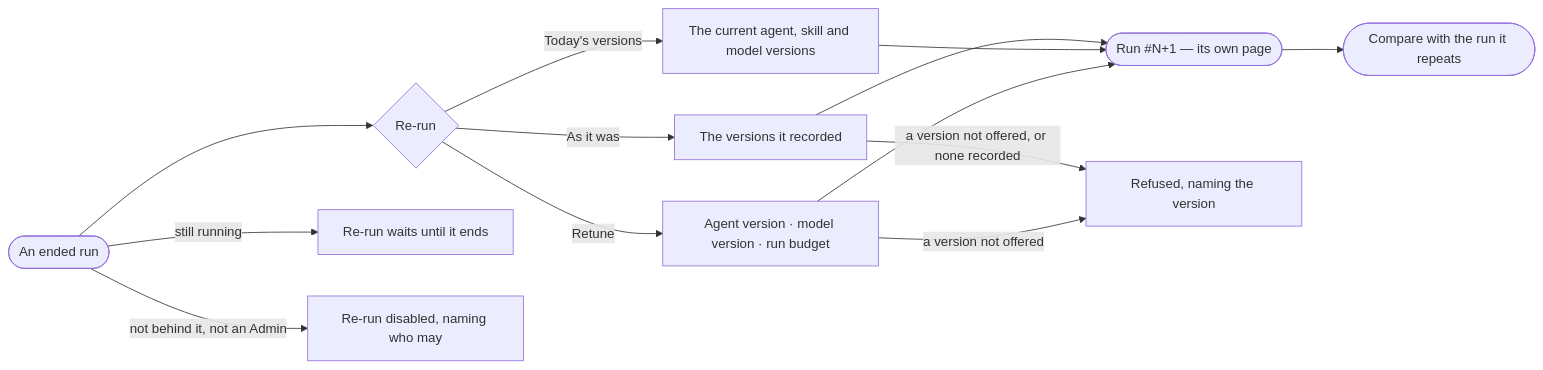
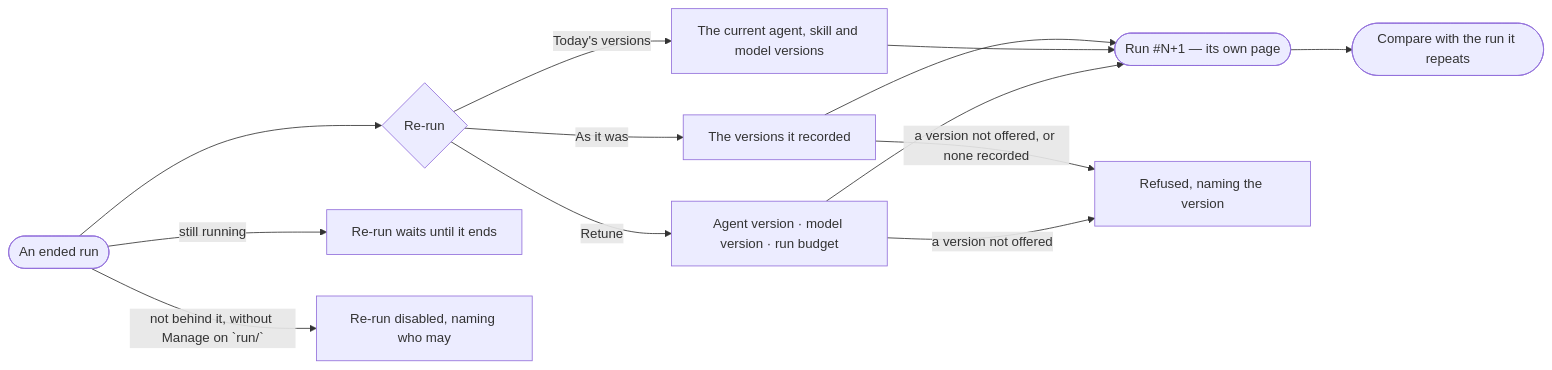
One commit to invana/invana changed the diagram in specs/os/control/features/CP-F10-runs-and-how-the-agents-are-doing/stories/CP-54-re-run-a-run-as-it-was-or-retuned/story.md. Above: the diagram before and after it, drawn with Mermaid. The commit also changed other lines of this file and 228 other files, not shown here.

````diff
--- a/specs/os/control/features/CP-F10-runs-and-how-the-agents-are-doing/stories/CP-54-re-run-a-run-as-it-was-or-retuned/story.md
+++ b/specs/os/control/features/CP-F10-runs-and-how-the-agents-are-doing/stories/CP-54-re-run-a-run-as-it-was-or-retuned/story.md
@@ -26,15 +26,15 @@
 ```mermaid
 flowchart LR
   r([An ended run]) --> d{"Re-run"}
   d -->|As it was| a["The versions it recorded"]
   d -->|Today's versions| c["The current agent, skill and model versions"]
   d -->|Retune| t["Agent version · model version · run budget"]
   a --> n(["Run #N+1 — its own page"])
   c --> n
   t --> n
   a -->|a version not offered, or none recorded| x["Refused, naming the version"]
   t -->|a version not offered| x
   r -->|still running| w["Re-run waits until it ends"]
-  r -->|not behind it, not an Admin| o["Re-run disabled, naming who may"]
+  r -->|not behind it, without Manage on `run/<agent>`| o["Re-run disabled, naming who may"]
   n --> cmp(["Compare with the run it repeats"])
 ```
````
